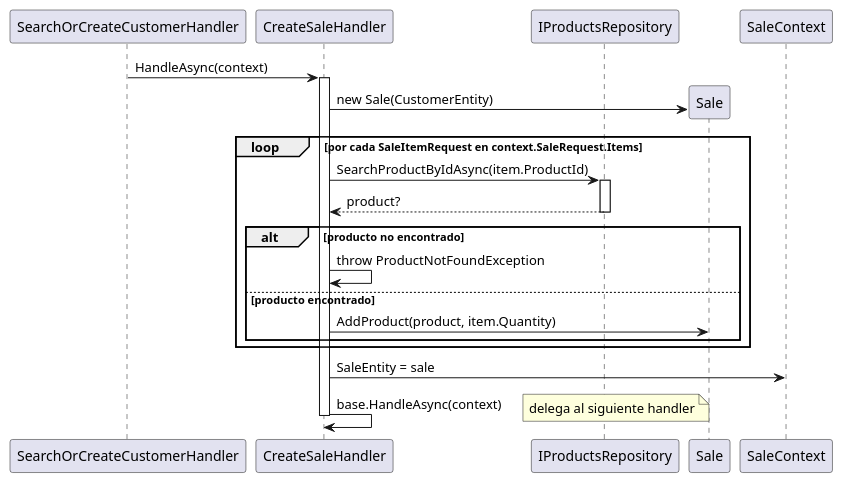
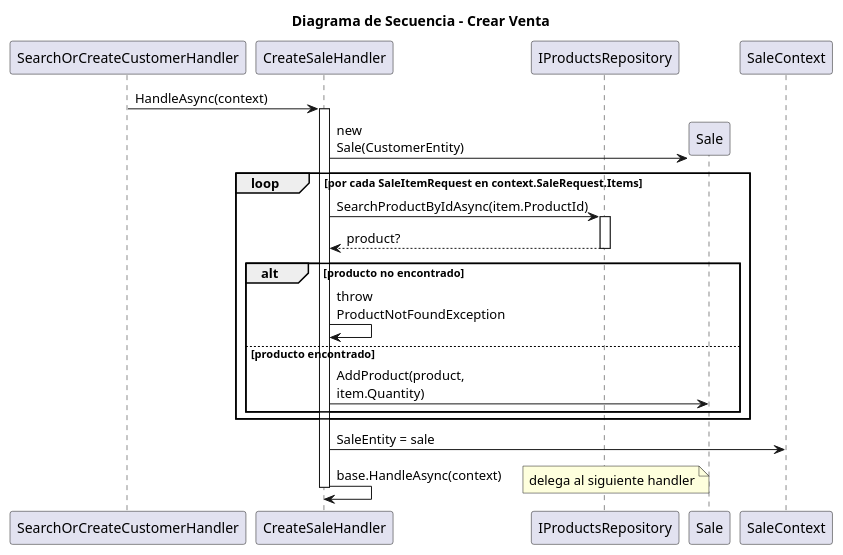
One commit to rogerrocaarano/DesignPatternsDemo changed the diagram in docs/WebApi/seq-handler-create-sale.puml. Above: the diagram before and after it, drawn with PlantUML. The commit also changed 12 other files, not shown here.

First line of the commit message:
Docs: polish diagrams with titles and skinparams, add calculate-discount sequence

```diff
--- a/docs/WebApi/seq-handler-create-sale.puml
+++ b/docs/WebApi/seq-handler-create-sale.puml
@@ -1,33 +1,39 @@
 @startuml
+
+title Diagrama de Secuencia - Crear Venta
+
+skinparam wrapWidth 250
+skinparam maxMessageSize 100
+
 
 participant SearchOrCreateCustomerHandler
 participant CreateSaleHandler
 participant IProductsRepository
 participant Sale
 participant SaleContext
 
 SearchOrCreateCustomerHandler -> CreateSaleHandler : HandleAsync(context)
 activate CreateSaleHandler
 
 CreateSaleHandler -> Sale ** : new Sale(CustomerEntity)
 
 loop por cada SaleItemRequest en context.SaleRequest.Items
     CreateSaleHandler -> IProductsRepository : SearchProductByIdAsync(item.ProductId)
     activate IProductsRepository
     IProductsRepository --> CreateSaleHandler : product?
     deactivate IProductsRepository
 
     alt producto no encontrado
         CreateSaleHandler -> CreateSaleHandler : throw ProductNotFoundException
     else producto encontrado
         CreateSaleHandler -> Sale : AddProduct(product, item.Quantity)
     end
 end
 
 CreateSaleHandler -> SaleContext : SaleEntity = sale
 
 CreateSaleHandler -> CreateSaleHandler : base.HandleAsync(context)
 note right : delega al siguiente handler
 deactivate CreateSaleHandler
 
 @enduml
```
